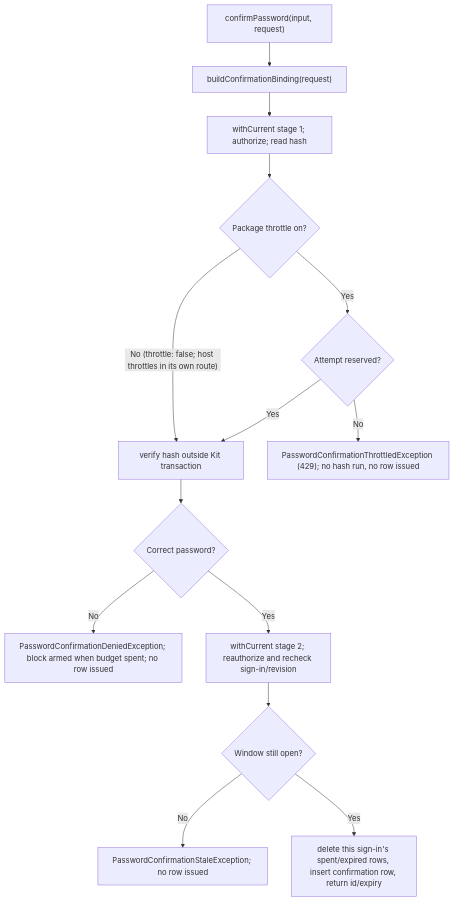
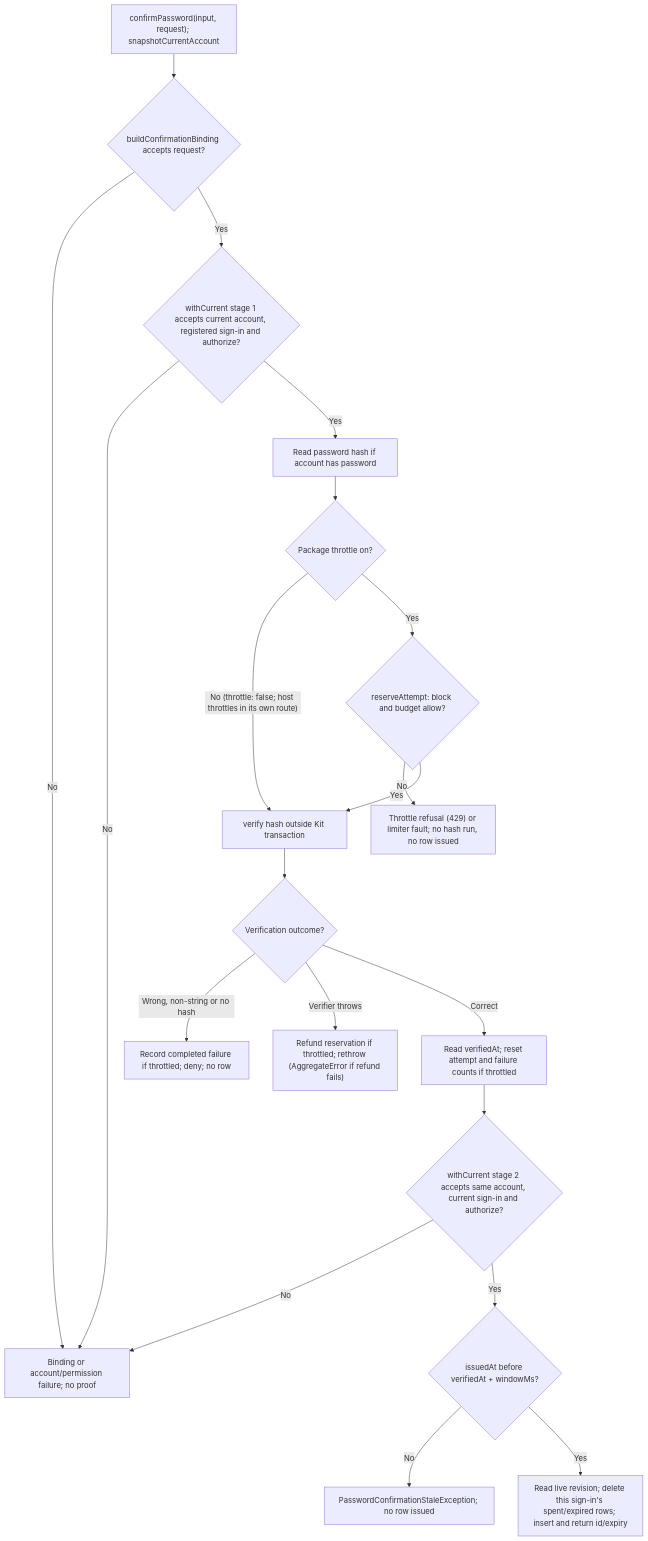
The second of 2 diagrams in user-stories/US-CONFIRM-01-issue-confirmation.md (Kevinjohn/oss-adonisjs-confirm-action-with-password), drawn with Mermaid before and after one commit. The commit also changed other lines of this file and 7 other files, not shown here.

Commit message:
docs: verify user story paths and Mermaid flows against implementation

````diff
--- a/user-stories/US-CONFIRM-01-issue-confirmation.md
+++ b/user-stories/US-CONFIRM-01-issue-confirmation.md
@@ -39,16 +39,22 @@
 ```mermaid
 flowchart TD
-    A["confirmPassword(input, request)"] --> B["buildConfirmationBinding(request)"]
-    B --> C["withCurrent stage 1; authorize; read hash"]
-    C --> T{"Package throttle on?"}
+    A["confirmPassword(input, request); snapshotCurrentAccount"] --> B{"buildConfirmationBinding accepts request?"}
+    B -->|No| X["Binding or account/permission failure; no proof"]
+    B -->|Yes| C{"withCurrent stage 1 accepts current account, registered sign-in and authorize?"}
+    C -->|No| X
+    C -->|Yes| S["Read password hash if account has password"]
+    S --> T{"Package throttle on?"}
     T -->|"No (throttle: false; host throttles in its own route)"| E["verify hash outside Kit transaction"]
-    T -->|Yes| D{"Attempt reserved?"}
-    D -->|No| D2["PasswordConfirmationThrottledException (429); no hash run, no row issued"]
+    T -->|Yes| D{"reserveAttempt: block and budget allow?"}
+    D -->|No| D2["Throttle refusal (429) or limiter fault; no hash run, no row issued"]
     D -->|Yes| E
-    E --> F{"Correct password?"}
-    F -->|No| G["PasswordConfirmationDeniedException; block armed when budget spent; no row issued"]
-    F -->|Yes| H["withCurrent stage 2; reauthorize and recheck sign-in/revision"]
-    H --> I{"Window still open?"}
+    E --> F{"Verification outcome?"}
+    F -->|Wrong, non-string or no hash| G["Record completed failure if throttled; deny; no row"]
+    F -->|Verifier throws| V["Refund reservation if throttled; rethrow (AggregateError if refund fails)"]
+    F -->|Correct| W["Read verifiedAt; reset attempt and failure counts if throttled"]
+    W --> H{"withCurrent stage 2 accepts same account, current sign-in and authorize?"}
+    H -->|No| X
+    H -->|Yes| I{"issuedAt before verifiedAt + windowMs?"}
     I -->|No| J["PasswordConfirmationStaleException; no row issued"]
-    I -->|Yes| K["delete this sign-in's spent/expired rows, insert confirmation row, return id/expiry"]
+    I -->|Yes| K["Read live revision; delete this sign-in's spent/expired rows; insert and return id/expiry"]
 ```
````
